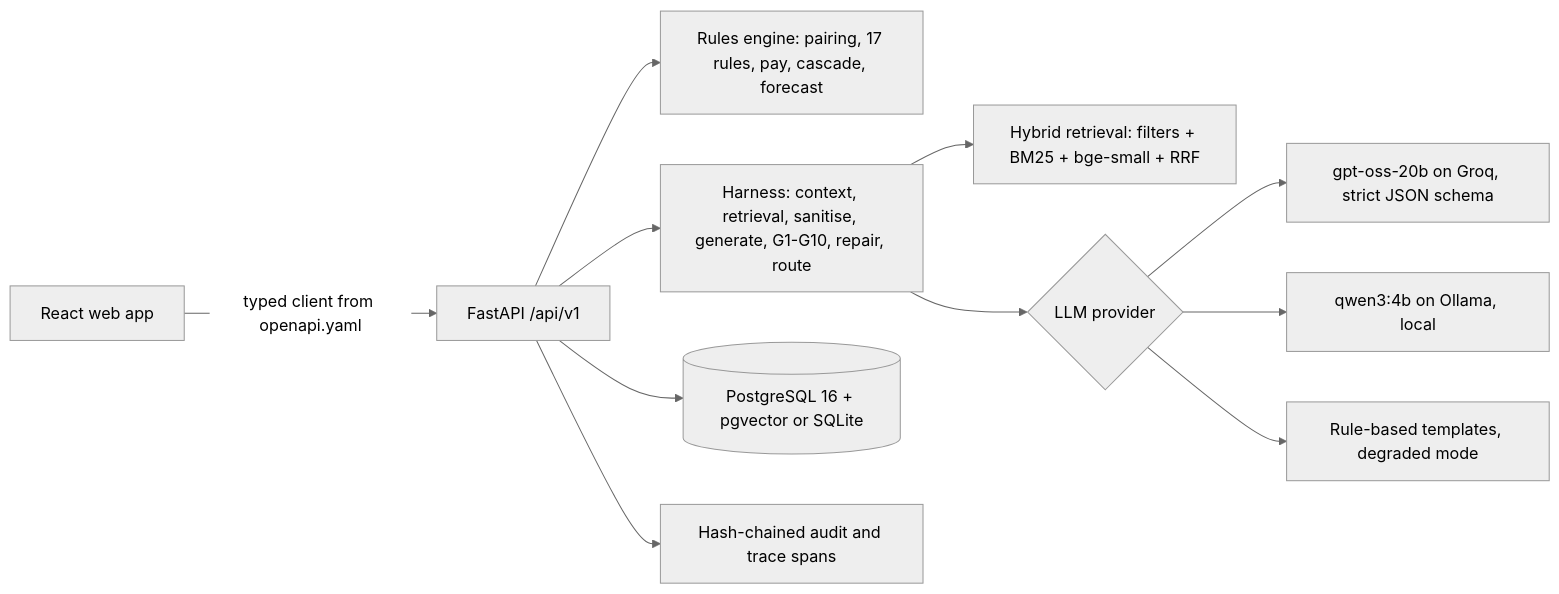
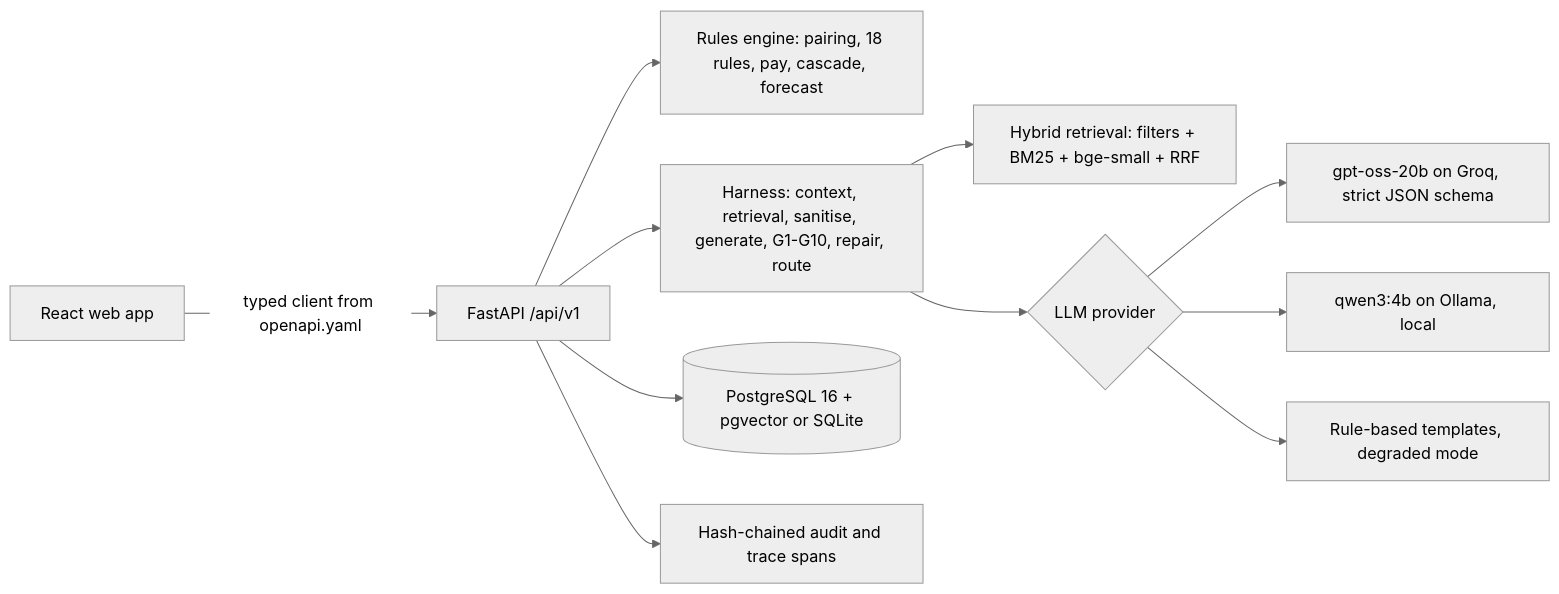
The diagram in README.md (sampv69git/Dayforce), drawn with Mermaid (neutral theme) before and after one commit. The commit also changed other lines of this file and 9 other files, not shown here.

````diff
--- a/README.md
+++ b/README.md
@@ -56,13 +60,13 @@
 ```mermaid
 flowchart LR
   W[React web app] -->|typed client from openapi.yaml| A[FastAPI /api/v1]
-  A --> E[Rules engine: pairing, 17 rules, pay, cascade, forecast]
+  A --> E[Rules engine: pairing, 18 rules, pay, cascade, forecast]
   A --> H[Harness: context, retrieval, sanitise, generate, G1-G10, repair, route]
   H --> R[Hybrid retrieval: filters + BM25 + bge-small + RRF]
   H --> L{LLM provider}
   L --> G[gpt-oss-20b on Groq, strict JSON schema]
   L --> O[qwen3:4b on Ollama, local]
   L --> T[Rule-based templates, degraded mode]
   A --> D[(PostgreSQL 16 + pgvector or SQLite)]
   A --> AU[Hash-chained audit and trace spans]
 ```
````
